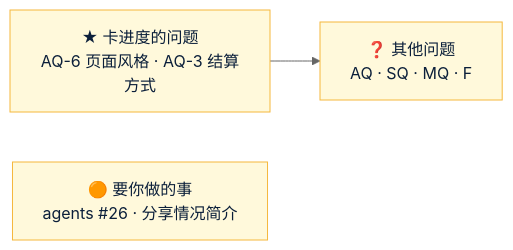
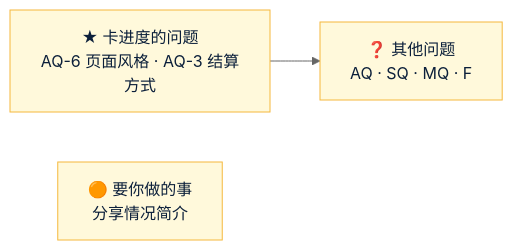
One commit to dollar3651314/forecast changed the diagram in Amos待办.md. Above: the diagram before and after it, drawn with Mermaid (neutral theme). The commit also changed other lines of this file, not shown here.

First line of the commit message:
Amos 待办 v1.1：agents #26 已合并，T1 记入已完成

````diff
--- a/Amos待办.md
+++ b/Amos待办.md
@@ -10,7 +10,7 @@
 ```mermaid
 flowchart LR
     A["★ 卡进度的问题<br/>AQ-6 页面风格 · AQ-3 结算方式"] --> B["❓ 其他问题<br/>AQ · SQ · MQ · F"]
-    T["🟠 要你做的事<br/>agents #26 · 分享情况简介"]
+    T["🟠 要你做的事<br/>分享情况简介"]
     classDef amos fill:#FFF9DB,stroke:#F5B83D,color:#0B1F3A
     class A,B,T amos
 ```
````
